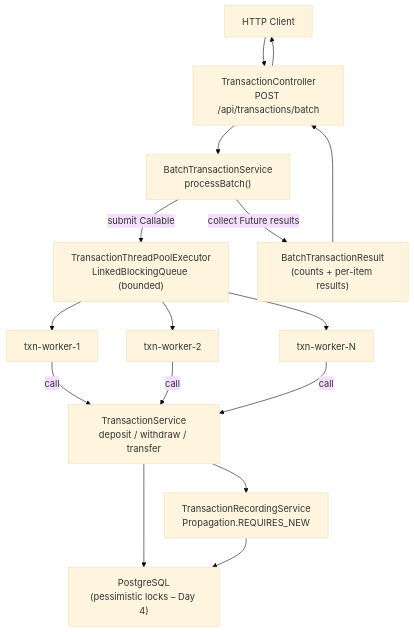
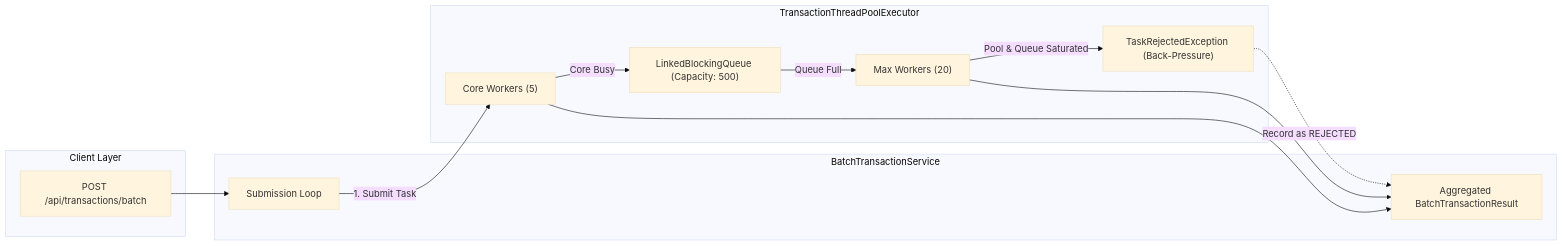
The diagram in docs/thread-pool-design.md (TANISHA1986/banking-transaction-system), drawn with Mermaid (base theme) before and after one commit. The commit also changed other lines of this file and 13 other files, not shown here.

````diff
--- a/docs/thread-pool-design.md
+++ b/docs/thread-pool-design.md
@@ -7,21 +11,27 @@
 ```mermaid
-flowchart TD
-    Client["HTTP Client"]
-    Controller["TransactionController\nPOST /api/transactions/batch"]
-    Batch["BatchTransactionService\n processBatch()"]
-    Pool["TransactionThreadPoolExecutor\nLinkedBlockingQueue (bounded)"]
-    W1["txn-worker-1"]
-    W2["txn-worker-2"]
-    W3["txn-worker-N"]
-    TxnSvc["TransactionService\ndeposit / withdraw / transfer"]
-    DB["PostgreSQL\n(pessimistic locks – Day 4)"]
-    Rec["TransactionRecordingService\nPropagation.REQUIRES_NEW"]
-    Result["BatchTransactionResult\n(counts + per-item results)"]
+flowchart LR
+    subgraph Client ["Client Layer"]
+        POST["POST /api/transactions/batch"]
+    end
 
-    Client --> Controller --> Batch
-    Batch -->|submit Callable| Pool
-    Pool --> W1 & W2 & W3
-    W1 & W2 & W3 -->|call| TxnSvc --> DB
-    TxnSvc --> Rec --> DB
-    Batch -->|collect Future results| Result --> Controller --> Client
+    subgraph Service ["BatchTransactionService"]
+        LOOP["Submission Loop"]
+        RESULT["Aggregated BatchTransactionResult"]
+    end
+
+    subgraph Executor ["TransactionThreadPoolExecutor"]
+        CORE["Core Workers (5)"]
+        QUEUE["LinkedBlockingQueue (Capacity: 500)"]
+        MAX["Max Workers (20)"]
+        REJECT["TaskRejectedException (Back-Pressure)"]
+    end
+
+    POST --> LOOP
+    LOOP -->|1. Submit Task| CORE
+    CORE -->|Core Busy| QUEUE
+    QUEUE -->|Queue Full| MAX
+    MAX -->|Pool & Queue Saturated| REJECT
+    REJECT -.->|Record as REJECTED| RESULT
+    CORE --> RESULT
+    MAX --> RESULT
 ```
````
